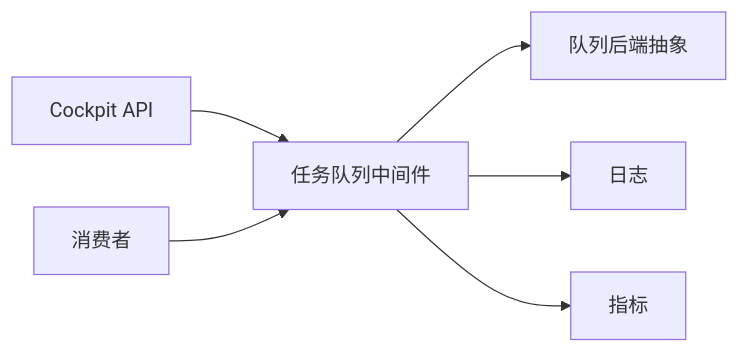
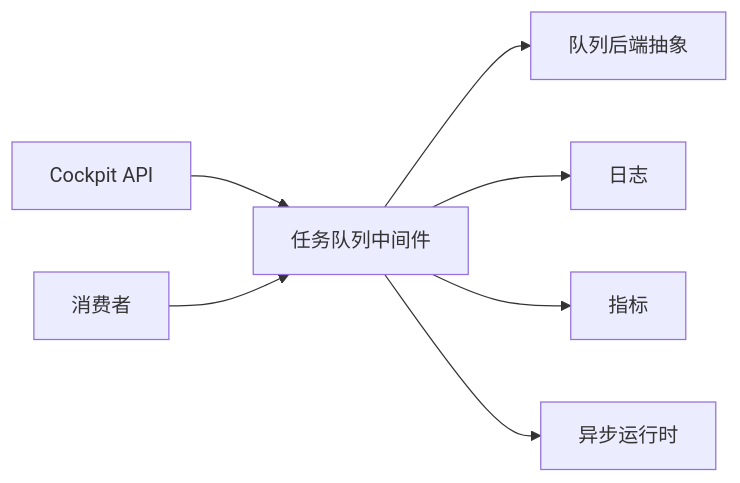
Before and after one commit to zmdhdu/NexusCockpit: the sixth of 6 diagrams in .qoder/repowiki/zh/content/中间件和服务/任务队列.md, drawn with Mermaid. The commit also changed other lines of this file and 21 other files, not shown here.

````diff
--- a/.qoder/repowiki/zh/content/中间件和服务/任务队列.md
+++ b/.qoder/repowiki/zh/content/中间件和服务/任务队列.md
@@ -295,8 +313,9 @@
 ```mermaid
 graph LR
 API["Cockpit API"] --> TQ["任务队列中间件"]
 TQ --> Backend["队列后端抽象"]
 TQ --> Log["日志"]
 TQ --> Met["指标"]
 Consumer["消费者"] --> TQ
+TQ --> AsyncRuntime["异步运行时"]
 ```
````
